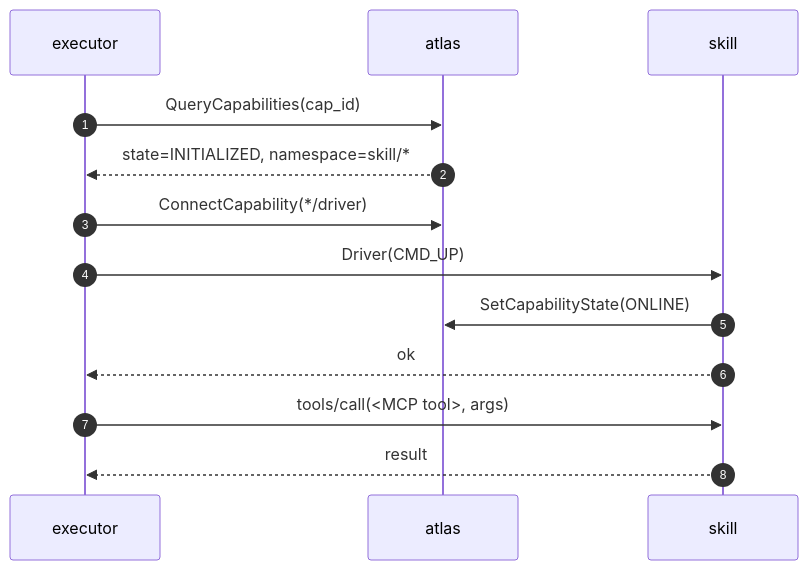
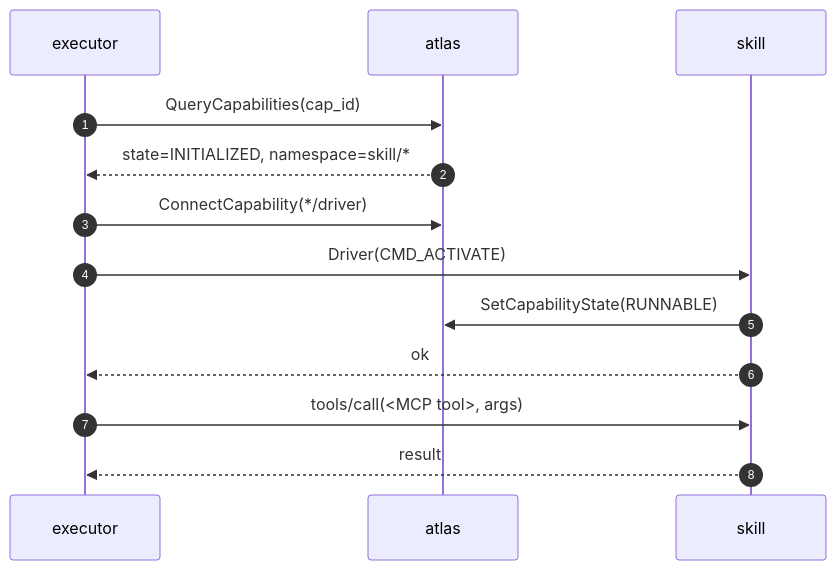
One commit to syswonder/robonix-book changed the third of 3 diagrams in src/architecture/cap-lifecycle.md. Above: the diagram before and after it, drawn with Mermaid. The commit also changed other lines of this file, not shown here.

````diff
--- a/src/architecture/cap-lifecycle.md
+++ b/src/architecture/cap-lifecycle.md
@@ -74,16 +93,16 @@
 ```mermaid
 sequenceDiagram
     autonumber
     participant E as executor
     participant A as atlas
     participant S as skill
 
     E->>A: QueryCapabilities(cap_id)
     A-->>E: state=INITIALIZED, namespace=skill/*
     E->>A: ConnectCapability(*/driver)
-    E->>S: Driver(CMD_UP)
-    S->>A: SetCapabilityState(ONLINE)
+    E->>S: Driver(CMD_ACTIVATE)
+    S->>A: SetCapabilityState(RUNNABLE)
     S-->>E: ok
     E->>S: tools/call(<MCP tool>, args)
     S-->>E: result
 ```
````
